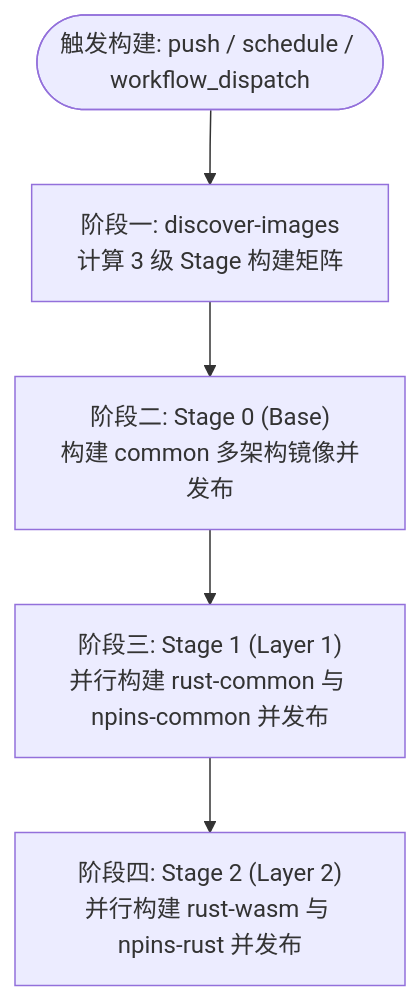
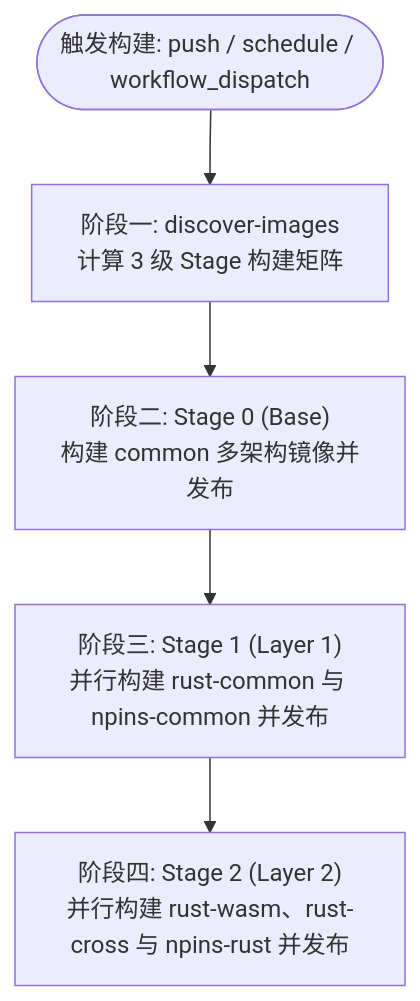
The fifth of 5 diagrams in README.md (shaogme/coding-images), drawn with Mermaid before and after one commit. The commit also changed other lines of this file and 5 other files, not shown here.

First line of the commit message:
feat(rust-cross): add Podman-based Rust cross-compilation image

````diff
--- a/README.md
+++ b/README.md
@@ -330,8 +354,8 @@
 ```mermaid
 flowchart TD
     Trigger(["触发构建: push / schedule / workflow_dispatch"]) --> Discover["阶段一: discover-images<br/>计算 3 级 Stage 构建矩阵"]
 
     Discover --> Stage0["阶段二: Stage 0 (Base)<br/>构建 common 多架构镜像并发布"]
     Stage0 --> Stage1["阶段三: Stage 1 (Layer 1)<br/>并行构建 rust-common 与 npins-common 并发布"]
-    Stage1 --> Stage2["阶段四: Stage 2 (Layer 2)<br/>并行构建 rust-wasm 与 npins-rust 并发布"]
+    Stage1 --> Stage2["阶段四: Stage 2 (Layer 2)<br/>并行构建 rust-wasm、rust-cross 与 npins-rust 并发布"]
 ```
````
